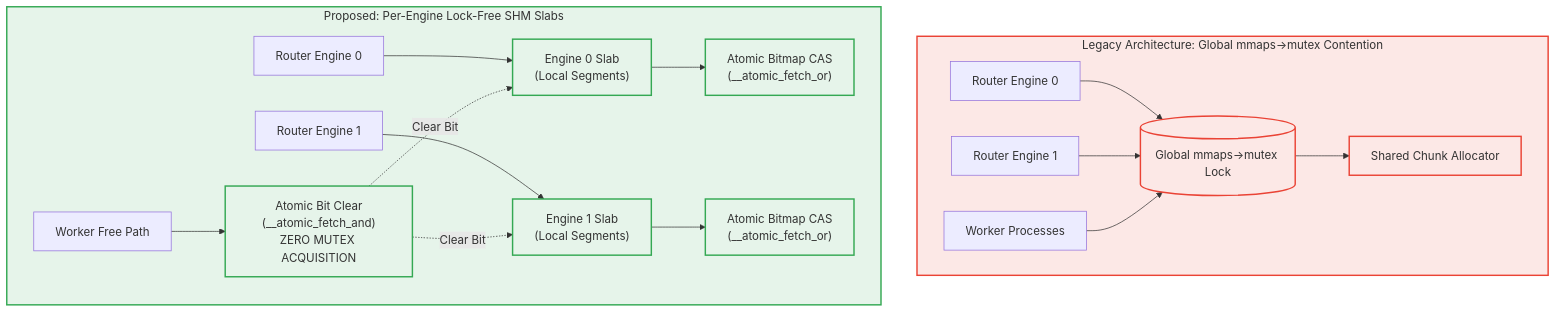
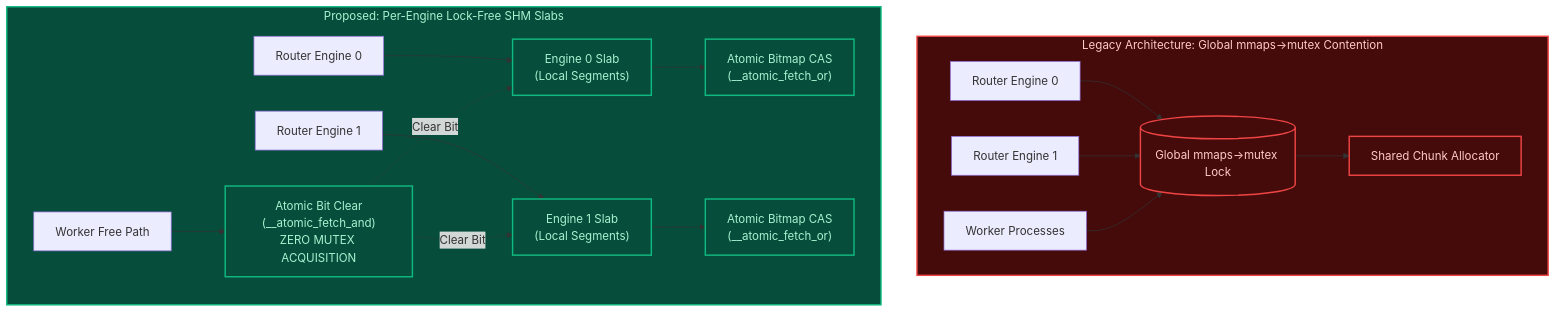
One commit to andypost/freeunit-model changed the diagram in docs/benchmarks/lockfree-shm.md. Above: the diagram before and after it, drawn with Mermaid. The commit also changed 10 other files, not shown here.

First line of the commit message:
fix(docs,diagrams): redesign architecture diagram with event ordering and fix dark theme contrast

````diff
--- a/docs/benchmarks/lockfree-shm.md
+++ b/docs/benchmarks/lockfree-shm.md
@@ -11,40 +11,40 @@
 ```mermaid
 flowchart TD
     subgraph LEGACY["Legacy Architecture: Global mmaps->mutex Contention"]
         E0_OLD["Router Engine 0"]
         E1_OLD["Router Engine 1"]
         WORKER_OLD["Worker Processes"]
         GLOBAL_MUTEX[("Global mmaps->mutex Lock")]
         GLOBAL_MEM["Shared Chunk Allocator"]
 
         E0_OLD --> GLOBAL_MUTEX
         E1_OLD --> GLOBAL_MUTEX
         WORKER_OLD --> GLOBAL_MUTEX
         GLOBAL_MUTEX --> GLOBAL_MEM
     end
 
     subgraph PROPOSED["Proposed: Per-Engine Lock-Free SHM Slabs"]
         E0_NEW["Router Engine 0"]
         E1_NEW["Router Engine 1"]
         SLAB0["Engine 0 Slab<br/>(Local Segments)"]
         SLAB1["Engine 1 Slab<br/>(Local Segments)"]
 
         CAS0["Atomic Bitmap CAS<br/>(__atomic_fetch_or)"]
         CAS1["Atomic Bitmap CAS<br/>(__atomic_fetch_or)"]
 
         E0_NEW --> SLAB0 --> CAS0
         E1_NEW --> SLAB1 --> CAS1
 
         WORKER_REMOTE["Worker Free Path"]
         REMOTE_FREE["Atomic Bit Clear<br/>(__atomic_fetch_and)<br/>ZERO MUTEX ACQUISITION"]
 
         WORKER_REMOTE --> REMOTE_FREE
         REMOTE_FREE -.->|Clear Bit| SLAB0
         REMOTE_FREE -.->|Clear Bit| SLAB1
     end
 
-    classDef red fill:#fce8e6,stroke:#ea4335,stroke-width:2px;
-    classDef green fill:#e6f4ea,stroke:#34a853,stroke-width:2px;
+    classDef red fill:#450a0a,stroke:#ef4444,stroke-width:2px,color:#fecaca;
+    classDef green fill:#064e3b,stroke:#10b981,stroke-width:2px,color:#a7f3d0;
     class LEGACY,GLOBAL_MUTEX,GLOBAL_MEM red;
     class PROPOSED,SLAB0,SLAB1,CAS0,CAS1,REMOTE_FREE green;
 ```
````
